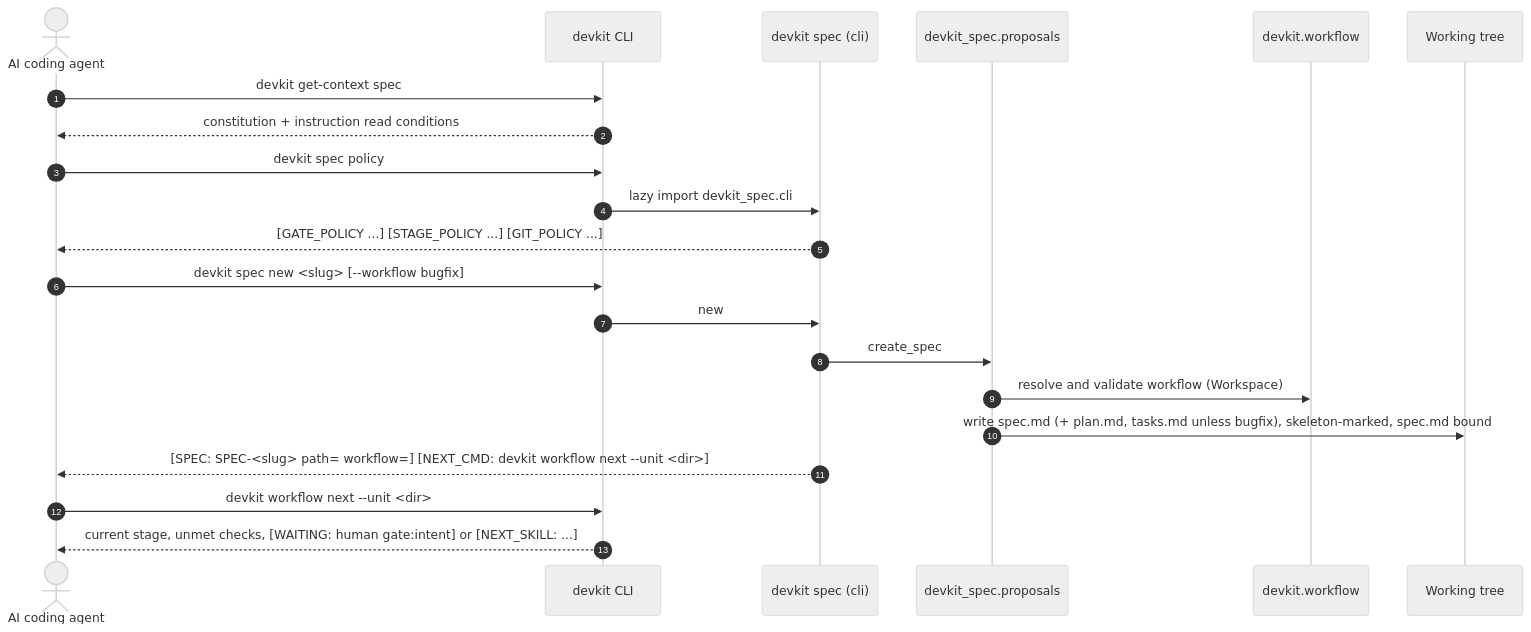
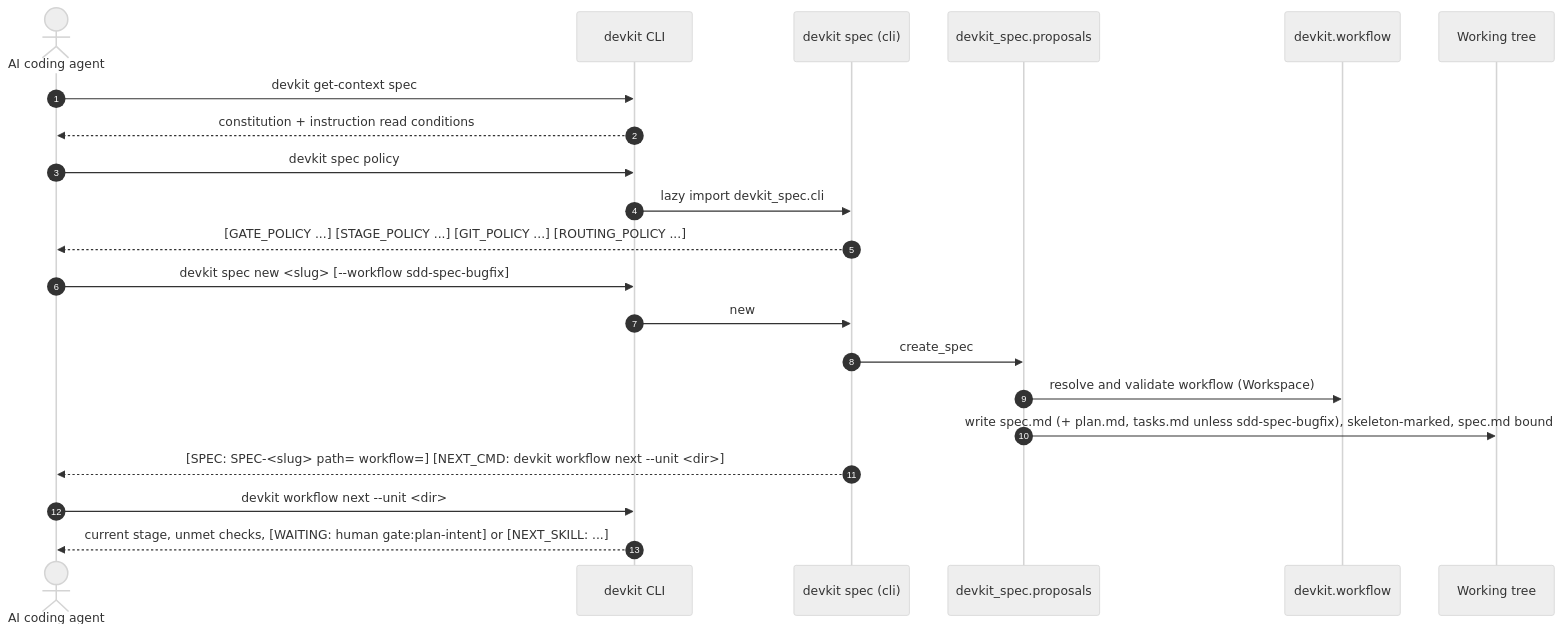
The first of 4 diagrams in docs/architecture/ARCH-06-runtime-view.md (mjkimR/devkit-spec), drawn with Mermaid (neutral theme) before and after one commit. The commit also changed other lines of this file and 82 other files, not shown here.

````diff
--- a/docs/architecture/ARCH-06-runtime-view.md
+++ b/docs/architecture/ARCH-06-runtime-view.md
@@ -30,24 +30,24 @@
 ```mermaid
 sequenceDiagram
     autonumber
     actor Agent as AI coding agent
     participant DK as devkit CLI
     participant Spec as devkit spec (cli)
     participant Lib as devkit_spec.proposals
     participant WF as devkit.workflow
     participant FS as Working tree
 
     Agent->>DK: devkit get-context spec
     DK-->>Agent: constitution + instruction read conditions
     Agent->>DK: devkit spec policy
     DK->>Spec: lazy import devkit_spec.cli
-    Spec-->>Agent: [GATE_POLICY ...] [STAGE_POLICY ...] [GIT_POLICY ...]
-    Agent->>DK: devkit spec new <slug> [--workflow bugfix]
+    Spec-->>Agent: [GATE_POLICY ...] [STAGE_POLICY ...] [GIT_POLICY ...] [ROUTING_POLICY ...]
+    Agent->>DK: devkit spec new <slug> [--workflow sdd-spec-bugfix]
     DK->>Spec: new
     Spec->>Lib: create_spec
     Lib->>WF: resolve and validate workflow (Workspace)
-    Lib->>FS: write spec.md (+ plan.md, tasks.md unless bugfix), skeleton-marked, spec.md bound
+    Lib->>FS: write spec.md (+ plan.md, tasks.md unless sdd-spec-bugfix), skeleton-marked, spec.md bound
     Spec-->>Agent: [SPEC: SPEC-<slug> path= workflow=] [NEXT_CMD: devkit workflow next --unit <dir>]
     Agent->>DK: devkit workflow next --unit <dir>
-    DK-->>Agent: current stage, unmet checks, [WAITING: human gate:intent] or [NEXT_SKILL: ...]
+    DK-->>Agent: current stage, unmet checks, [WAITING: human gate:plan-intent] or [NEXT_SKILL: ...]
 ```
````
